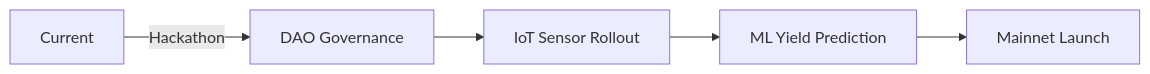
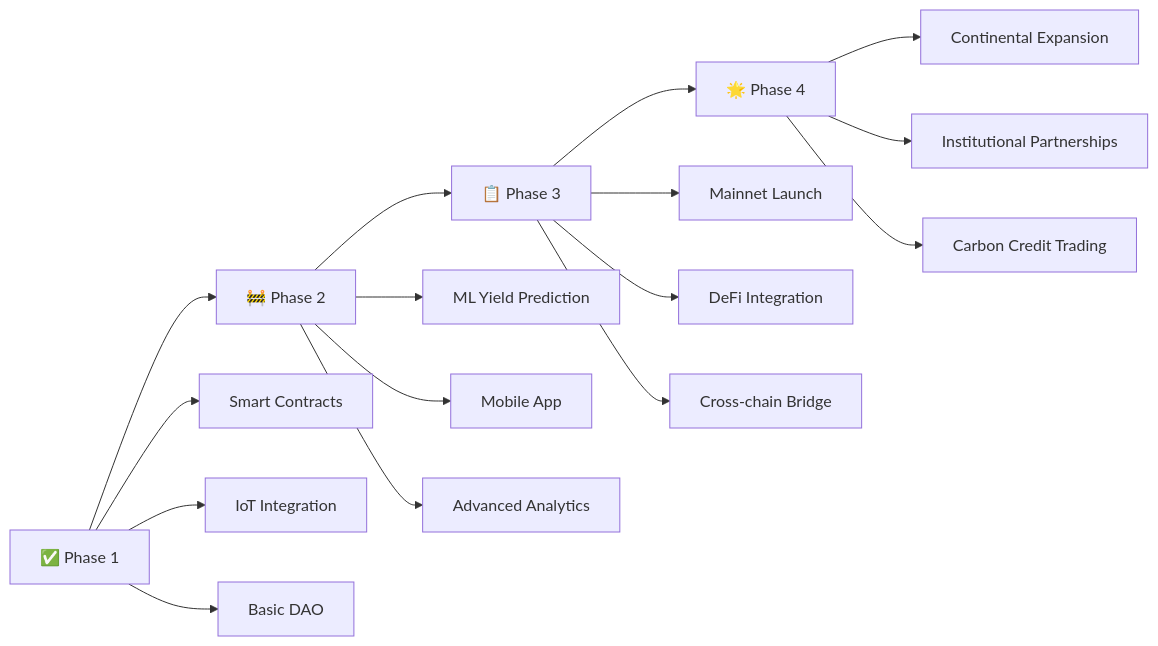
One commit to ahkharsha/AfriCrop changed the diagram in README.md. Above: the diagram before and after it, drawn with Mermaid. The commit also changed other lines of this file, not shown here.

````diff
--- a/README.md
+++ b/README.md
@@ -82,7 +133,22 @@
 ```mermaid
 graph LR
-A[Current] -->|Hackathon| B[DAO Governance]
-B --> C[IoT Sensor Rollout]
-C --> D[ML Yield Prediction]
-D --> E[Mainnet Launch]
+    A[✅ Phase 1] --> B[🚧 Phase 2]
+    B --> C[📋 Phase 3]
+    C --> D[🌟 Phase 4]
+    
+    A --> A1[Smart Contracts]
+    A --> A2[IoT Integration]
+    A --> A3[Basic DAO]
+    
+    B --> B1[ML Yield Prediction]
+    B --> B2[Mobile App]
+    B --> B3[Advanced Analytics]
+    
+    C --> C1[Mainnet Launch]
+    C --> C2[DeFi Integration]
+    C --> C3[Cross-chain Bridge]
+    
+    D --> D1[Continental Expansion]
+    D --> D2[Institutional Partnerships]
+    D --> D3[Carbon Credit Trading]
 ```
````
